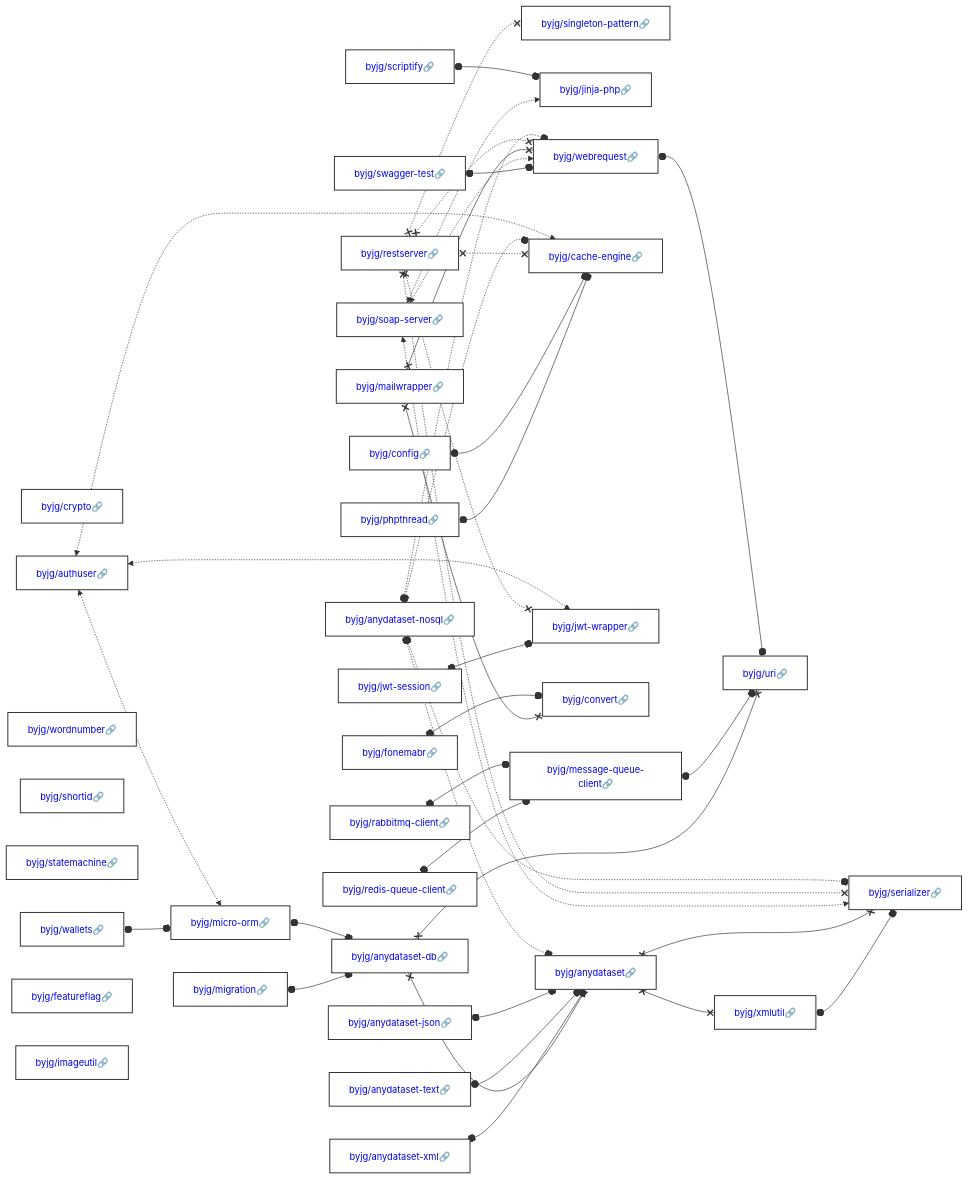
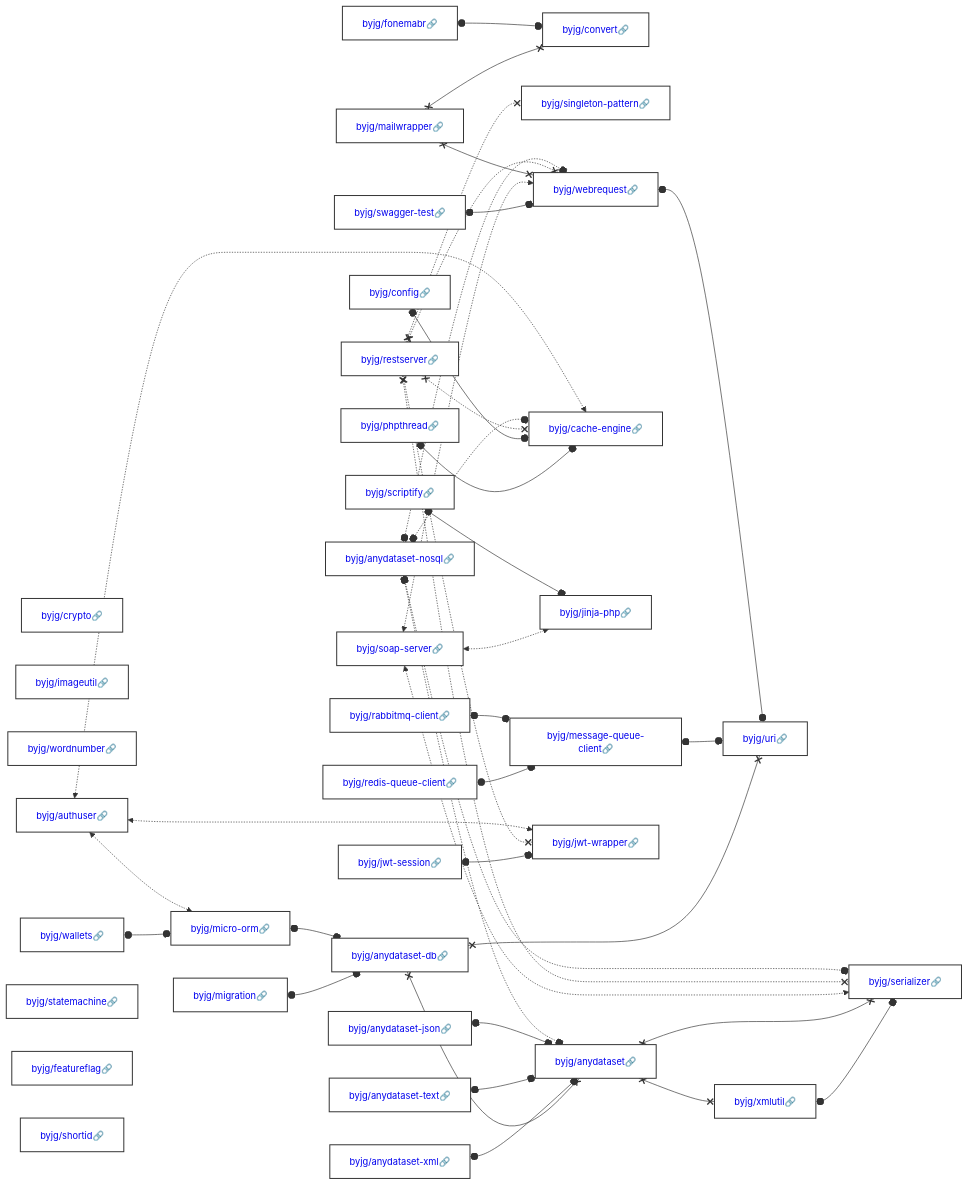
The diagram in docs/php/README.md (byjg/byjg.github.io), drawn with Mermaid before and after one commit. The commit also changed other lines of this file, not shown here.

Commit message:
Update documentation 'php' 'php-micro-orm'

````diff
--- a/docs/php/README.md
+++ b/docs/php/README.md
@@ -3,37 +3,37 @@
 ```mermaid
 graph LR;
+  byjg/crypto[<a href='https://opensource.byjg.com/docs/php/crypto' style='text-decoration:none'>byjg/crypto🔗</a>];
+  byjg/fonemabr[<a href='https://opensource.byjg.com/docs/php/fonemabr' style='text-decoration:none'>byjg/fonemabr🔗</a>];
+  byjg/imageutil[<a href='https://opensource.byjg.com/docs/php/imageutil' style='text-decoration:none'>byjg/imageutil🔗</a>];
+  byjg/wordnumber[<a href='https://opensource.byjg.com/docs/php/wordnumber' style='text-decoration:none'>byjg/wordnumber🔗</a>];
+  byjg/swagger-test[<a href='https://opensource.byjg.com/docs/php/swagger-test' style='text-decoration:none'>byjg/swagger-test🔗</a>];
+  byjg/anydataset-text[<a href='https://opensource.byjg.com/docs/php/anydataset-text' style='text-decoration:none'>byjg/anydataset-text🔗</a>];
+  byjg/mailwrapper[<a href='https://opensource.byjg.com/docs/php/mailwrapper' style='text-decoration:none'>byjg/mailwrapper🔗</a>];
+  byjg/config[<a href='https://opensource.byjg.com/docs/php/config' style='text-decoration:none'>byjg/config🔗</a>];
+  byjg/redis-queue-client[<a href='https://opensource.byjg.com/docs/php/redis-queue-client' style='text-decoration:none'>byjg/redis-queue-client🔗</a>];
   byjg/restserver[<a href='https://opensource.byjg.com/docs/php/restserver' style='text-decoration:none'>byjg/restserver🔗</a>];
-  byjg/crypto[<a href='https://opensource.byjg.com/docs/php/crypto' style='text-decoration:none'>byjg/crypto🔗</a>];
+  byjg/anydataset-json[<a href='https://opensource.byjg.com/docs/php/anydataset-json' style='text-decoration:none'>byjg/anydataset-json🔗</a>];
+  byjg/authuser[<a href='https://opensource.byjg.com/docs/php/authuser' style='text-decoration:none'>byjg/authuser🔗</a>];
+  byjg/phpthread[<a href='https://opensource.byjg.com/docs/php/phpthread' style='text-decoration:none'>byjg/phpthread🔗</a>];
+  byjg/scriptify[<a href='https://opensource.byjg.com/docs/php/scriptify' style='text-decoration:none'>byjg/scriptify🔗</a>];
+  byjg/rabbitmq-client[<a href='https://opensource.byjg.com/docs/php/rabbitmq-client' style='text-decoration:none'>byjg/rabbitmq-client🔗</a>];
+  byjg/migration[<a href='https://opensource.byjg.com/docs/php/migration' style='text-decoration:none'>byjg/migration🔗</a>];
+  byjg/anydataset-nosql[<a href='https://opensource.byjg.com/docs/php/anydataset-nosql' style='text-decoration:none'>byjg/anydataset-nosql🔗</a>];
   byjg/soap-server[<a href='https://opensource.byjg.com/docs/php/soap-server' style='text-decoration:none'>byjg/soap-server🔗</a>];
   byjg/wallets[<a href='https://opensource.byjg.com/docs/php/wallets' style='text-decoration:none'>byjg/wallets🔗</a>];
-  byjg/fonemabr[<a href='https://opensource.byjg.com/docs/php/fonemabr' style='text-decoration:none'>byjg/fonemabr🔗</a>];
-  byjg/swagger-test[<a href='https://opensource.byjg.com/docs/php/swagger-test' style='text-decoration:none'>byjg/swagger-test🔗</a>];
-  byjg/config[<a href='https://opensource.byjg.com/docs/php/config' style='text-decoration:none'>byjg/config🔗</a>];
-  byjg/wordnumber[<a href='https://opensource.byjg.com/docs/php/wordnumber' style='text-decoration:none'>byjg/wordnumber🔗</a>];
+  byjg/jwt-session[<a href='https://opensource.byjg.com/docs/php/jwt-session' style='text-decoration:none'>byjg/jwt-session🔗</a>];
+  byjg/anydataset-xml[<a href='https://opensource.byjg.com/docs/php/anydataset-xml' style='text-decoration:none'>byjg/anydataset-xml🔗</a>];
+  byjg/statemachine[<a href='https://opensource.byjg.com/docs/php/statemachine' style='text-decoration:none'>byjg/statemachine🔗</a>];
+  byjg/featureflag[<a href='https://opensource.byjg.com/docs/php/featureflag' style='text-decoration:none'>byjg/featureflag🔗</a>];
   byjg/shortid[<a href='https://opensource.byjg.com/docs/php/shortid' style='text-decoration:none'>byjg/shortid🔗</a>];
-  byjg/redis-queue-client[<a href='https://opensource.byjg.com/docs/php/redis-queue-client' style='text-decoration:none'>byjg/redis-queue-client🔗</a>];
-  byjg/anydataset-text[<a href='https://opensource.byjg.com/docs/php/anydataset-text' style='text-decoration:none'>byjg/anydataset-text🔗</a>];
-  byjg/statemachine[<a href='https://opensource.byjg.com/docs/php/statemachine' style='text-decoration:none'>byjg/statemachine🔗</a>];
-  byjg/anydataset-xml[<a href='https://opensource.byjg.com/docs/php/anydataset-xml' style='text-decoration:none'>byjg/anydataset-xml🔗</a>];
-  byjg/authuser[<a href='https://opensource.byjg.com/docs/php/authuser' style='text-decoration:none'>byjg/authuser🔗</a>];
-  byjg/anydataset-json[<a href='https://opensource.byjg.com/docs/php/anydataset-json' style='text-decoration:none'>byjg/anydataset-json🔗</a>];
-  byjg/scriptify[<a href='https://opensource.byjg.com/docs/php/scriptify' style='text-decoration:none'>byjg/scriptify🔗</a>];
-  byjg/featureflag[<a href='https://opensource.byjg.com/docs/php/featureflag' style='text-decoration:none'>byjg/featureflag🔗</a>];
-  byjg/phpthread[<a href='https://opensource.byjg.com/docs/php/phpthread' style='text-decoration:none'>byjg/phpthread🔗</a>];
-  byjg/rabbitmq-client[<a href='https://opensource.byjg.com/docs/php/rabbitmq-client' style='text-decoration:none'>byjg/rabbitmq-client🔗</a>];
-  byjg/imageutil[<a href='https://opensource.byjg.com/docs/php/imageutil' style='text-decoration:none'>byjg/imageutil🔗</a>];
-  byjg/anydataset-nosql[<a href='https://opensource.byjg.com/docs/php/anydataset-nosql' style='text-decoration:none'>byjg/anydataset-nosql🔗</a>];
-  byjg/jwt-session[<a href='https://opensource.byjg.com/docs/php/jwt-session' style='text-decoration:none'>byjg/jwt-session🔗</a>];
-  byjg/migration[<a href='https://opensource.byjg.com/docs/php/migration' style='text-decoration:none'>byjg/migration🔗</a>];
-  byjg/mailwrapper[<a href='https://opensource.byjg.com/docs/php/mailwrapper' style='text-decoration:none'>byjg/mailwrapper🔗</a>];
+  byjg/convert[<a href='https://opensource.byjg.com/docs/php/convert' style='text-decoration:none'>byjg/convert🔗</a>];
   byjg/singleton-pattern[<a href='https://opensource.byjg.com/docs/php/singleton-pattern' style='text-decoration:none'>byjg/singleton-pattern🔗</a>];
-  byjg/micro-orm[<a href='https://opensource.byjg.com/docs/php/micro-orm' style='text-decoration:none'>byjg/micro-orm🔗</a>];
-  byjg/jinja-php[<a href='https://opensource.byjg.com/docs/php/jinja-php' style='text-decoration:none'>byjg/jinja-php🔗</a>];
   byjg/message-queue-client[<a href='https://opensource.byjg.com/docs/php/message-queue-client' style='text-decoration:none'>byjg/message-queue-client🔗</a>];
   byjg/cache-engine[<a href='https://opensource.byjg.com/docs/php/cache-engine' style='text-decoration:none'>byjg/cache-engine🔗</a>];
+  byjg/jinja-php[<a href='https://opensource.byjg.com/docs/php/jinja-php' style='text-decoration:none'>byjg/jinja-php🔗</a>];
+  byjg/webrequest[<a href='https://opensource.byjg.com/docs/php/webrequest' style='text-decoration:none'>byjg/webrequest🔗</a>];
+  byjg/micro-orm[<a href='https://opensource.byjg.com/docs/php/micro-orm' style='text-decoration:none'>byjg/micro-orm🔗</a>];
   byjg/jwt-wrapper[<a href='https://opensource.byjg.com/docs/php/jwt-wrapper' style='text-decoration:none'>byjg/jwt-wrapper🔗</a>];
-  byjg/convert[<a href='https://opensource.byjg.com/docs/php/convert' style='text-decoration:none'>byjg/convert🔗</a>];
-  byjg/webrequest[<a href='https://opensource.byjg.com/docs/php/webrequest' style='text-decoration:none'>byjg/webrequest🔗</a>];
   byjg/anydataset-db[<a href='https://opensource.byjg.com/docs/php/anydataset-db' style='text-decoration:none'>byjg/anydataset-db🔗</a>];
   byjg/anydataset[<a href='https://opensource.byjg.com/docs/php/anydataset' style='text-decoration:none'>byjg/anydataset🔗</a>];
   byjg/uri[<a href='https://opensource.byjg.com/docs/php/uri' style='text-decoration:none'>byjg/uri🔗</a>];
````
